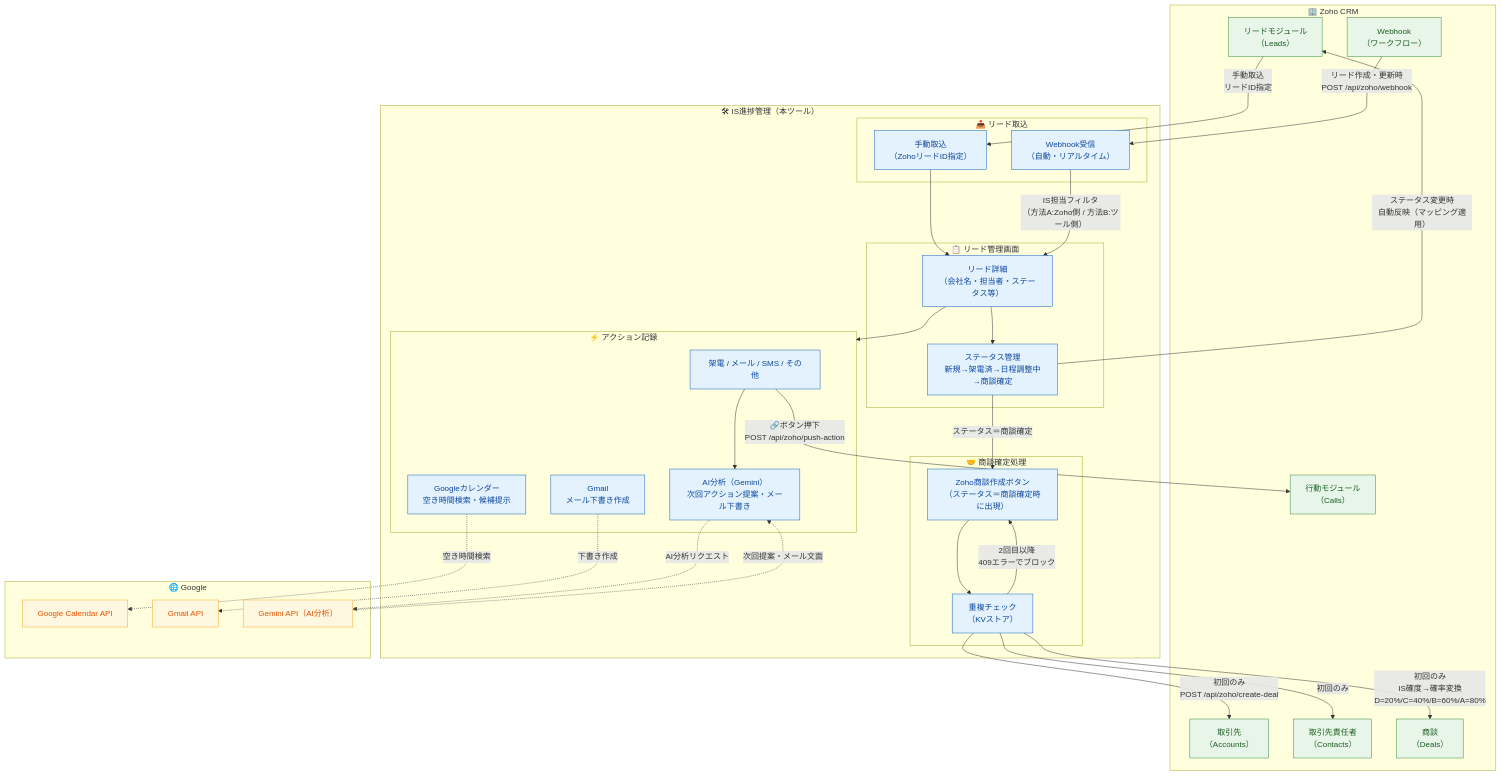
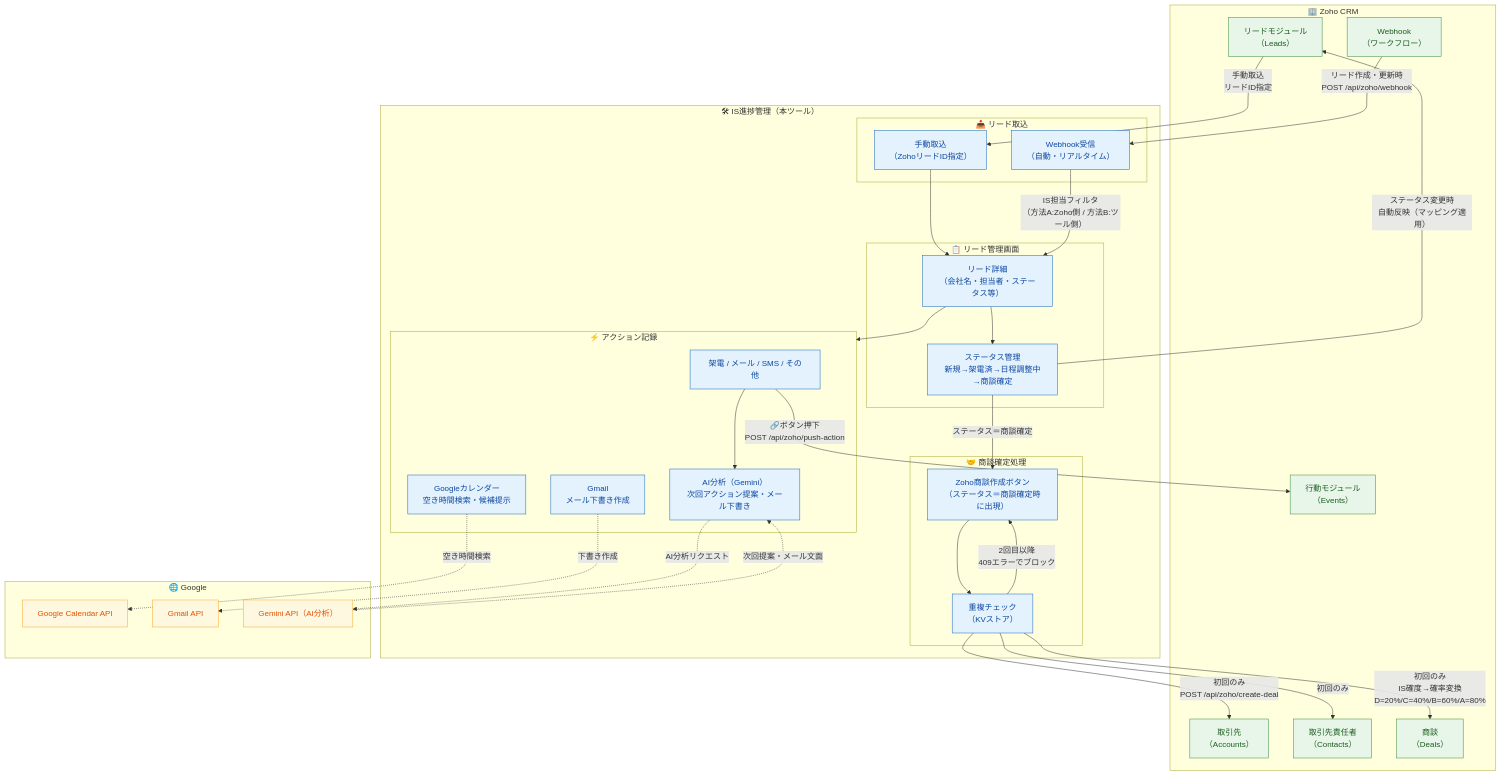
The diagram in ZOHO_WORKFLOW.md (shingaieri-lab/mokumoku-system), drawn with Mermaid before and after one commit. The commit also changed other lines of this file and 2 other files, not shown here.

````diff
--- a/ZOHO_WORKFLOW.md
+++ b/ZOHO_WORKFLOW.md
@@ -9,78 +9,78 @@
 ```mermaid
 flowchart TD
     subgraph ZOHO["🏢 Zoho CRM"]
         ZL["リードモジュール\n（Leads）"]
-        ZC["行動モジュール\n（Calls）"]
+        ZC["行動モジュール\n（Events）"]
         ZA["取引先\n（Accounts）"]
         ZCT["取引先責任者\n（Contacts）"]
         ZD["商談\n（Deals）"]
         ZW["Webhook\n（ワークフロー）"]
     end
 
     subgraph TOOL["🛠 IS進捗管理（本ツール）"]
         subgraph IMPORT["📥 リード取込"]
             M1["手動取込\n（ZohoリードID指定）"]
             M2["Webhook受信\n（自動・リアルタイム）"]
         end
 
         subgraph LEAD["📋 リード管理画面"]
             L1["リード詳細\n（会社名・担当者・ステータス等）"]
             L2["ステータス管理\n新規→架電済→日程調整中→商談確定"]
         end
 
         subgraph ACTION["⚡ アクション記録"]
             A1["架電 / メール / SMS / その他"]
             A2["AI分析（Gemini）\n次回アクション提案・メール下書き"]
             A3["Googleカレンダー\n空き時間検索・候補提示"]
             A4["Gmail\nメール下書き作成"]
         end
 
         subgraph DEAL["🤝 商談確定処理"]
             D1["Zoho商談作成ボタン\n（ステータス＝商談確定時に出現）"]
             D2["重複チェック\n（KVストア）"]
         end
     end
 
     subgraph GOOGLE["🌐 Google"]
         GC["Google Calendar API"]
         GM["Gmail API"]
         GG["Gemini API（AI分析）"]
     end
 
     %% Zoho → ツール（取込）
     ZW -->|"リード作成・更新時\nPOST /api/zoho/webhook"| M2
     ZL -->|"手動取込\nリードID指定"| M1
     M1 --> L1
     M2 -->|"IS担当フィルタ\n（方法A:Zoho側 / 方法B:ツール側）"| L1
 
     %% ツール内フロー
     L1 --> L2
     L1 --> ACTION
     A1 --> A2
     A2 -.->|"AI分析リクエスト"| GG
     GG -.->|"次回提案・メール文面"| A2
     A3 -.->|"空き時間検索"| GC
     A4 -.->|"下書き作成"| GM
 
     %% ツール → Zoho（アクション履歴）
     A1 -->|"🔗ボタン押下\nPOST /api/zoho/push-action"| ZC
 
     %% ツール → Zoho（ステータス連携）
     L2 -->|"ステータス変更時\n自動反映（マッピング適用）"| ZL
 
     %% 商談確定フロー
     L2 -->|"ステータス＝商談確定"| D1
     D1 --> D2
     D2 -->|"初回のみ\nPOST /api/zoho/create-deal"| ZA
     D2 -->|"初回のみ"| ZCT
     D2 -->|"初回のみ\nIS確度→確率変換\nD=20%/C=40%/B=60%/A=80%"| ZD
     D2 -->|"2回目以降\n409エラーでブロック"| D1
 
     %% スタイル
     classDef zoho fill:#e8f5e9,stroke:#388e3c,color:#1b5e20
     classDef tool fill:#e3f2fd,stroke:#1565c0,color:#0d47a1
     classDef google fill:#fff8e1,stroke:#f9a825,color:#e65100
     class ZL,ZC,ZA,ZCT,ZD,ZW zoho
     class M1,M2,L1,L2,A1,A2,A3,A4,D1,D2 tool
     class GC,GM,GG google
 ```
````
